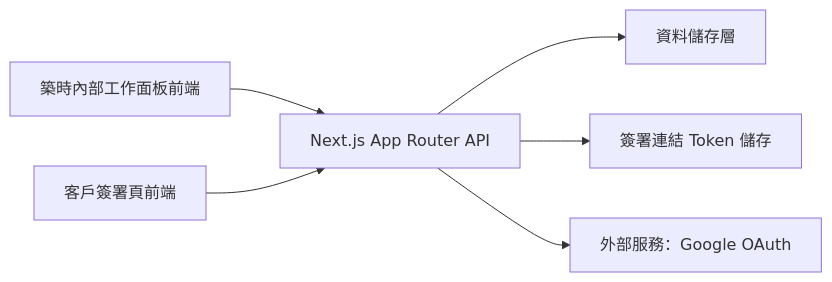
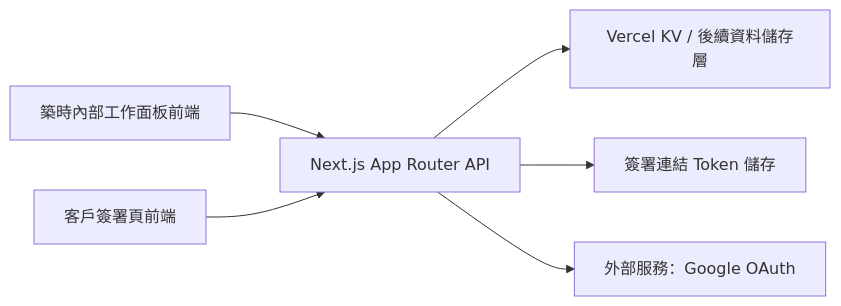
One commit to differ505-prog/ai-web-studio-landing changed the first of 3 diagrams in .trae/documents/築時數位工作面板-技術架構.md. Above: the diagram before and after it, drawn with Mermaid. The commit also changed other lines of this file and 14 other files, not shown here.

````diff
--- a/.trae/documents/築時數位工作面板-技術架構.md
+++ b/.trae/documents/築時數位工作面板-技術架構.md
@@ -2,8 +2,8 @@
 ```mermaid
 flowchart LR
     A["築時內部工作面板前端"] --> B["Next.js App Router API"]
     C["客戶簽署頁前端"] --> B
-    B --> D["資料儲存層"]
+    B --> D["Vercel KV / 後續資料儲存層"]
     B --> E["簽署連結 Token 儲存"]
     B --> F["外部服務：Google OAuth"]
 ```
````
